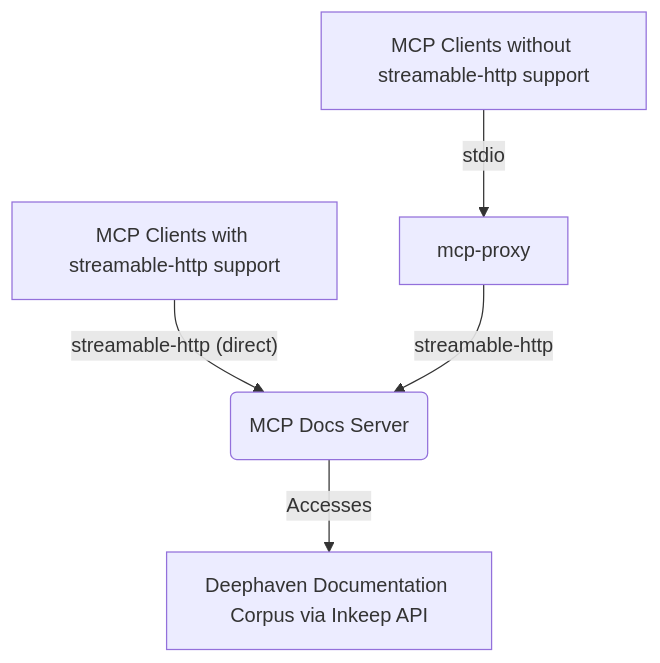
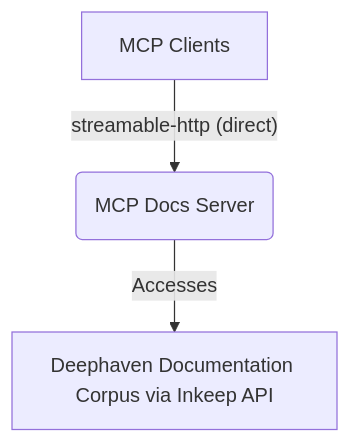
The third of 3 diagrams in README.md (deephaven/deephaven-mcp), drawn with Mermaid before and after one commit. The commit also changed other lines of this file and 64 other files, not shown here.

First line of the commit message:
docs: Update Copilot instructions for three-server architecture and streamable-http transport

````diff
--- a/README.md
+++ b/README.md
@@ -333,7 +499,5 @@
 ```mermaid
 graph TD
-    A["MCP Clients with streamable-http support"] --"streamable-http (direct)"--> B("MCP Docs Server")
-    C["MCP Clients without streamable-http support"] --"stdio"--> D["mcp-proxy"]
-    D --"streamable-http"--> B
+    A["MCP Clients"] --"streamable-http (direct)"--> B("MCP Docs Server")
     B --"Accesses"--> E["Deephaven Documentation Corpus via Inkeep API"]
 ```
````
